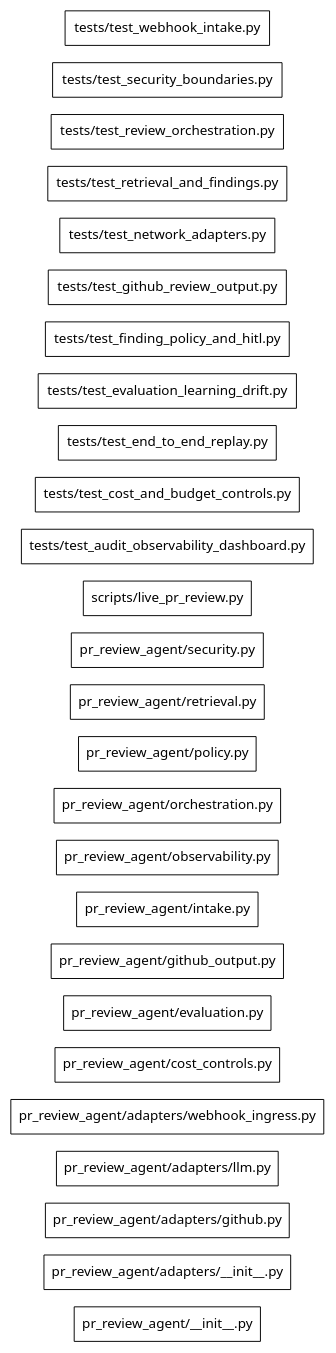
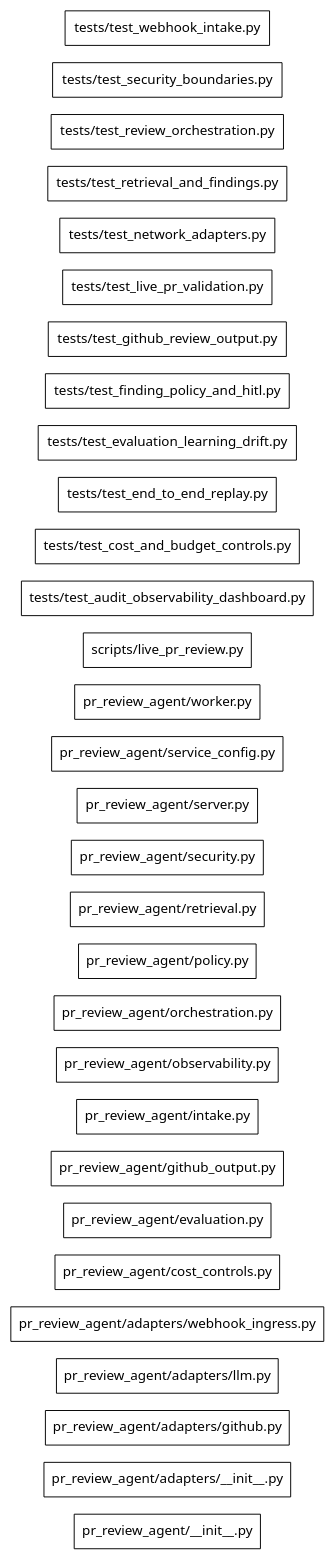
Before and after one commit to Ayush-Kant/PR-Review-Agent: the diagram in .genesis/index/graph.dot, drawn with Graphviz. The commit also changed 12 other files, not shown here.

Commit message:
feat: add unified config, runnable ASGI server, and autonomous worker for live PR validation

```diff
--- a/.genesis/index/graph.dot
+++ b/.genesis/index/graph.dot
@@ -1,31 +1,35 @@
 digraph genesis {
   rankdir=LR;
   node [shape=box,fontname="system-ui"];
   "file:pr_review_agent/__init__.py" [label="pr_review_agent/__init__.py",class="file"];
   "file:pr_review_agent/adapters/__init__.py" [label="pr_review_agent/adapters/__init__.py",class="file"];
   "file:pr_review_agent/adapters/github.py" [label="pr_review_agent/adapters/github.py",class="file"];
   "file:pr_review_agent/adapters/llm.py" [label="pr_review_agent/adapters/llm.py",class="file"];
   "file:pr_review_agent/adapters/webhook_ingress.py" [label="pr_review_agent/adapters/webhook_ingress.py",class="file"];
   "file:pr_review_agent/cost_controls.py" [label="pr_review_agent/cost_controls.py",class="file"];
   "file:pr_review_agent/evaluation.py" [label="pr_review_agent/evaluation.py",class="file"];
   "file:pr_review_agent/github_output.py" [label="pr_review_agent/github_output.py",class="file"];
   "file:pr_review_agent/intake.py" [label="pr_review_agent/intake.py",class="file"];
   "file:pr_review_agent/observability.py" [label="pr_review_agent/observability.py",class="file"];
   "file:pr_review_agent/orchestration.py" [label="pr_review_agent/orchestration.py",class="file"];
   "file:pr_review_agent/policy.py" [label="pr_review_agent/policy.py",class="file"];
   "file:pr_review_agent/retrieval.py" [label="pr_review_agent/retrieval.py",class="file"];
   "file:pr_review_agent/security.py" [label="pr_review_agent/security.py",class="file"];
+  "file:pr_review_agent/server.py" [label="pr_review_agent/server.py",class="file"];
+  "file:pr_review_agent/service_config.py" [label="pr_review_agent/service_config.py",class="file"];
+  "file:pr_review_agent/worker.py" [label="pr_review_agent/worker.py",class="file"];
   "file:scripts/live_pr_review.py" [label="scripts/live_pr_review.py",class="file"];
   "file:tests/test_audit_observability_dashboard.py" [label="tests/test_audit_observability_dashboard.py",class="file"];
   "file:tests/test_cost_and_budget_controls.py" [label="tests/test_cost_and_budget_controls.py",class="file"];
   "file:tests/test_end_to_end_replay.py" [label="tests/test_end_to_end_replay.py",class="file"];
   "file:tests/test_evaluation_learning_drift.py" [label="tests/test_evaluation_learning_drift.py",class="file"];
   "file:tests/test_finding_policy_and_hitl.py" [label="tests/test_finding_policy_and_hitl.py",class="file"];
   "file:tests/test_github_review_output.py" [label="tests/test_github_review_output.py",class="file"];
+  "file:tests/test_live_pr_validation.py" [label="tests/test_live_pr_validation.py",class="file"];
   "file:tests/test_network_adapters.py" [label="tests/test_network_adapters.py",class="file"];
   "file:tests/test_retrieval_and_findings.py" [label="tests/test_retrieval_and_findings.py",class="file"];
   "file:tests/test_review_orchestration.py" [label="tests/test_review_orchestration.py",class="file"];
   "file:tests/test_security_boundaries.py" [label="tests/test_security_boundaries.py",class="file"];
   "file:tests/test_webhook_intake.py" [label="tests/test_webhook_intake.py",class="file"];
 
 }
```
